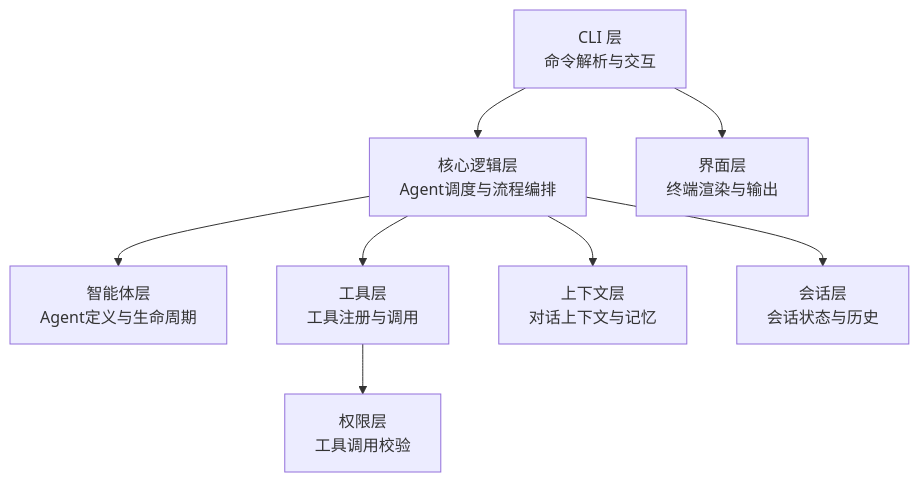
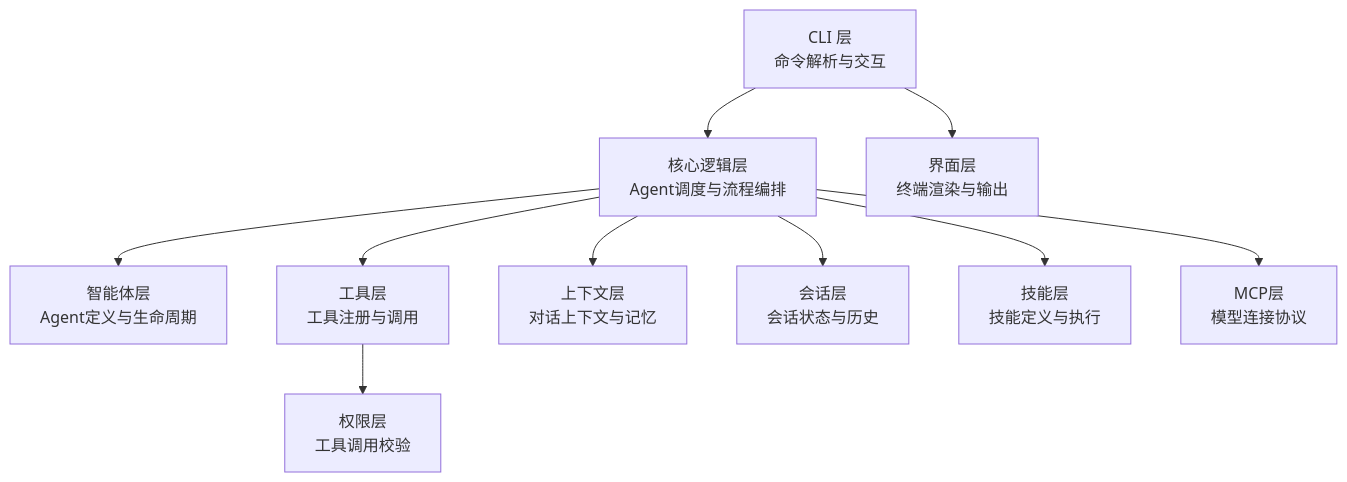
One commit to SSZero-670/easy-agent-cli changed the first of 12 diagrams in .qoder/repowiki/zh/content/API参考/核心逻辑API.md. Above: the diagram before and after it, drawn with Mermaid. The commit also changed other lines of this file and 9 other files, not shown here.

````diff
--- a/.qoder/repowiki/zh/content/API参考/核心逻辑API.md
+++ b/.qoder/repowiki/zh/content/API参考/核心逻辑API.md
@@ -37,10 +39,12 @@
 ```mermaid
 graph TB
 CLI["CLI 层<br/>命令解析与交互"] --> CORE["核心逻辑层<br/>Agent调度与流程编排"]
 CORE --> AGENTS["智能体层<br/>Agent定义与生命周期"]
 CORE --> TOOLS["工具层<br/>工具注册与调用"]
 CORE --> CONTEXT["上下文层<br/>对话上下文与记忆"]
 CORE --> SESSION["会话层<br/>会话状态与历史"]
+CORE --> SKILL["技能层<br/>技能定义与执行"]
+CORE --> MCP["MCP层<br/>模型连接协议"]
 CLI --> UI["界面层<br/>终端渲染与输出"]
 TOOLS --> PERMISSIONS["权限层<br/>工具调用校验"]
 ```
````
